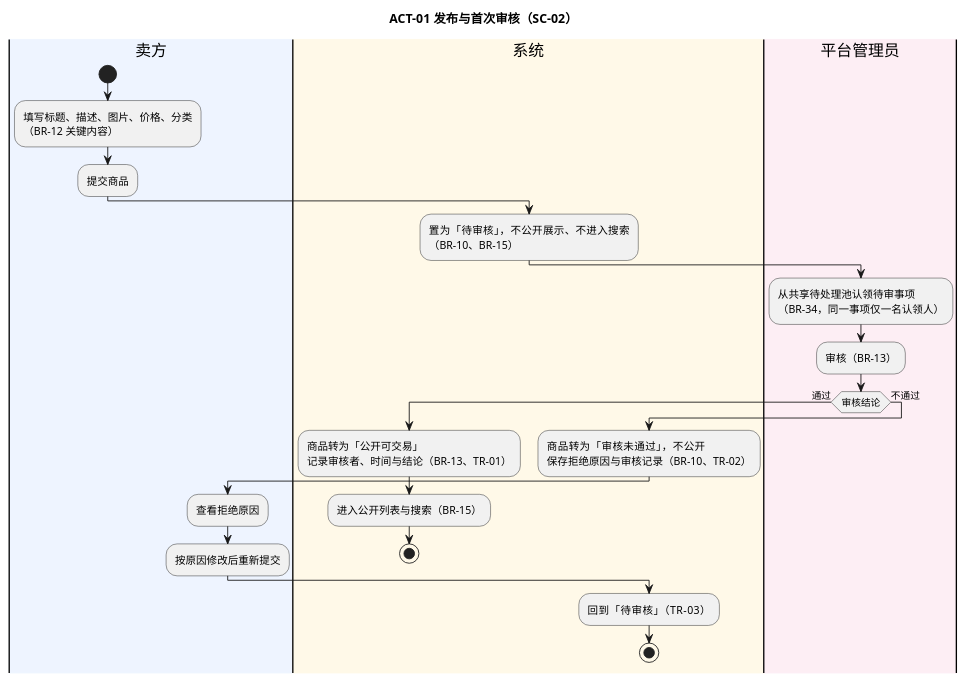
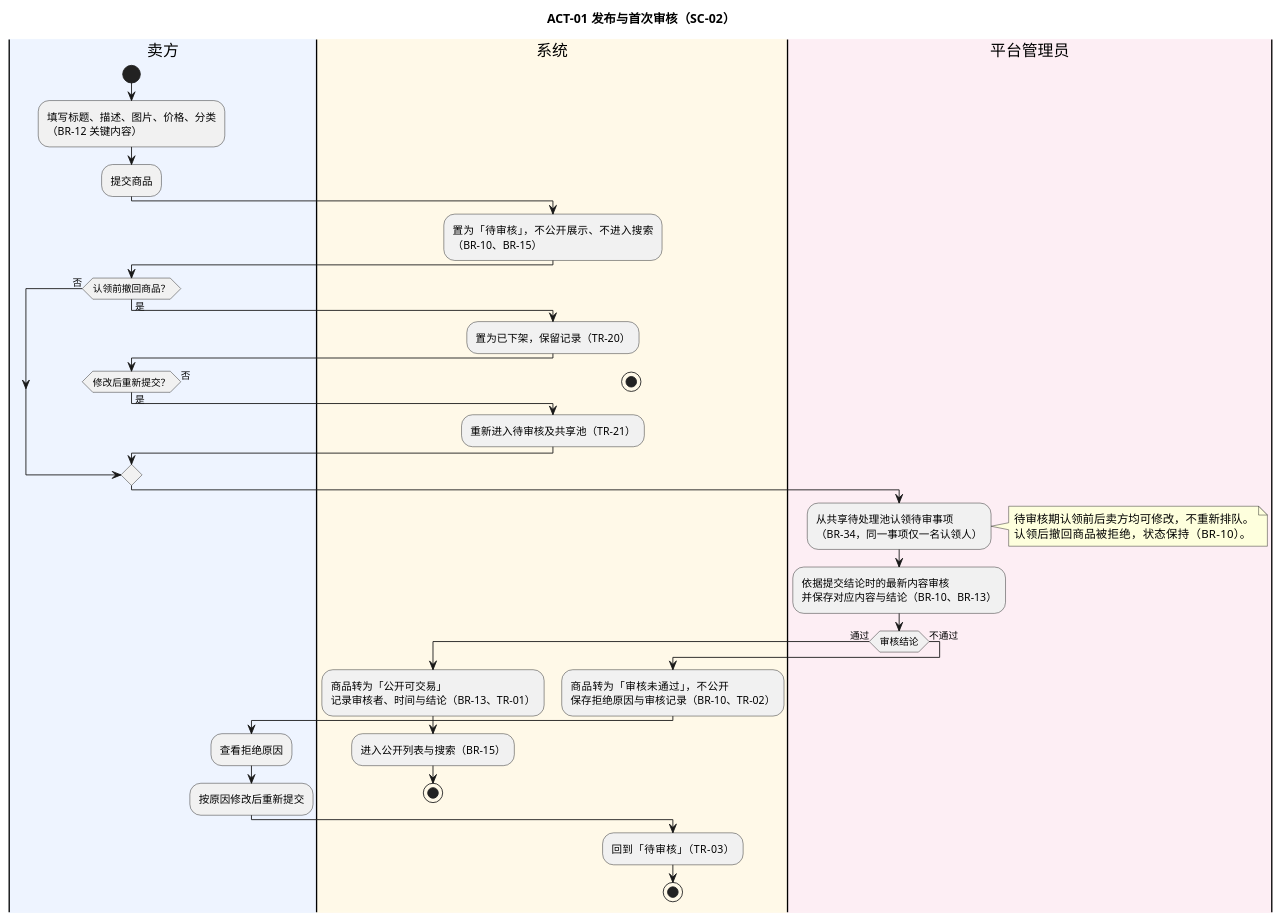
The diagram in docs/appendices/models/ACT-01-发布与首次审核.puml (iy88/se-course-project-1), drawn with PlantUML before and after one commit. The commit also changed other lines of this file and 20 other files, not shown here.

```diff
--- a/docs/appendices/models/ACT-01-发布与首次审核.puml
+++ b/docs/appendices/models/ACT-01-发布与首次审核.puml
@@ -12,35 +12,53 @@
 @startuml ACT-01
 
 skinparam defaultFontName "PingFang SC"
 
 title ACT-01 发布与首次审核（SC-02）
 
 |#EEF4FF|卖方|
 start
 :填写标题、描述、图片、价格、分类\n（BR-12 关键内容）;
 :提交商品;
 
 |#FFF9E8|系统|
 :置为「待审核」，不公开展示、不进入搜索\n（BR-10、BR-15）;
 
+|#EEF4FF|卖方|
+if (认领前撤回商品？) then (是)
+  |#FFF9E8|系统|
+  :置为已下架，保留记录（TR-20）;
+  |#EEF4FF|卖方|
+  if (修改后重新提交？) then (是)
+    |#FFF9E8|系统|
+    :重新进入待审核及共享池（TR-21）;
+  else (否)
+    stop
+  endif
+else (否)
+endif
+
 |#FDEEF4|平台管理员|
 :从共享待处理池认领待审事项\n（BR-34，同一事项仅一名认领人）;
-:审核（BR-13）;
+note right
+待审核期认领前后卖方均可修改，不重新排队。
+认领后撤回商品被拒绝，状态保持（BR-10）。
+end note
+:依据提交结论时的最新内容审核\n并保存对应内容与结论（BR-10、BR-13）;
 
 if (审核结论) then (通过)
   |#FFF9E8|系统|
   :商品转为「公开可交易」\n记录审核者、时间与结论（BR-13、TR-01）;
   :进入公开列表与搜索（BR-15）;
   stop
 else (不通过)
   |#FFF9E8|系统|
   :商品转为「审核未通过」，不公开\n保存拒绝原因与审核记录（BR-10、TR-02）;
   |#EEF4FF|卖方|
   :查看拒绝原因;
   :按原因修改后重新提交;
   |#FFF9E8|系统|
   :回到「待审核」（TR-03）;
   stop
 endif
 
 @enduml
```
